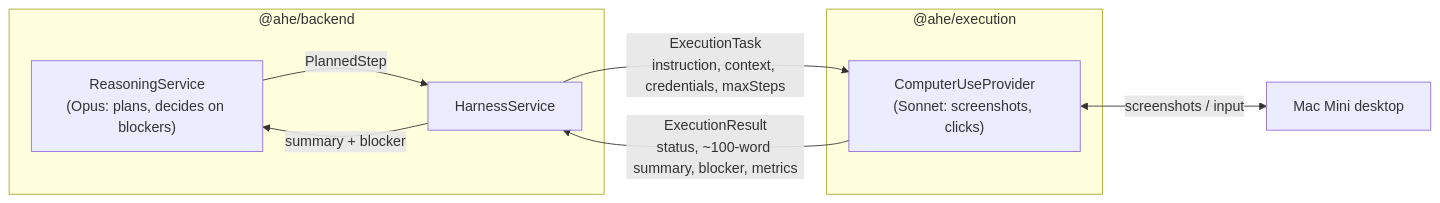
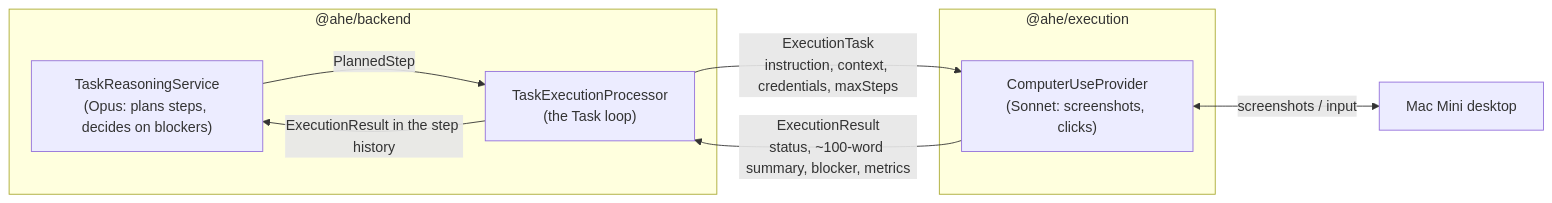
Before and after one commit to BaraaSoft/agentcores: the first of 6 diagrams in packages/execution/tech-spec.md, drawn with Mermaid. The commit also changed other lines of this file and 98 other files, not shown here.

First line of the commit message:
Refactor execution architecture and enhance governance modules

````diff
--- a/packages/execution/tech-spec.md
+++ b/packages/execution/tech-spec.md
@@ -30,17 +30,17 @@
 ```mermaid
 flowchart LR
     subgraph Backend["@ahe/backend"]
-        Reasoning["ReasoningService<br/>(Opus: plans, decides on blockers)"]
-        Harness["HarnessService"]
+        Reasoning["TaskReasoningService<br/>(Opus: plans steps, decides on blockers)"]
+        TaskExec["TaskExecutionProcessor<br/>(the Task loop)"]
     end
     subgraph Execution["@ahe/execution"]
         Provider["ComputerUseProvider<br/>(Sonnet: screenshots, clicks)"]
     end
     Desktop["Mac Mini desktop"]
 
-    Reasoning -- "PlannedStep" --> Harness
-    Harness -- "ExecutionTask<br/>instruction, context, credentials, maxSteps" --> Provider
+    Reasoning -- "PlannedStep" --> TaskExec
+    TaskExec -- "ExecutionTask<br/>instruction, context, credentials, maxSteps" --> Provider
     Provider <-- "screenshots / input" --> Desktop
-    Provider -- "ExecutionResult<br/>status, ~100-word summary, blocker, metrics" --> Harness
-    Harness -- "summary + blocker" --> Reasoning
+    Provider -- "ExecutionResult<br/>status, ~100-word summary, blocker, metrics" --> TaskExec
+    TaskExec -- "ExecutionResult in the step history" --> Reasoning
 ```
````
